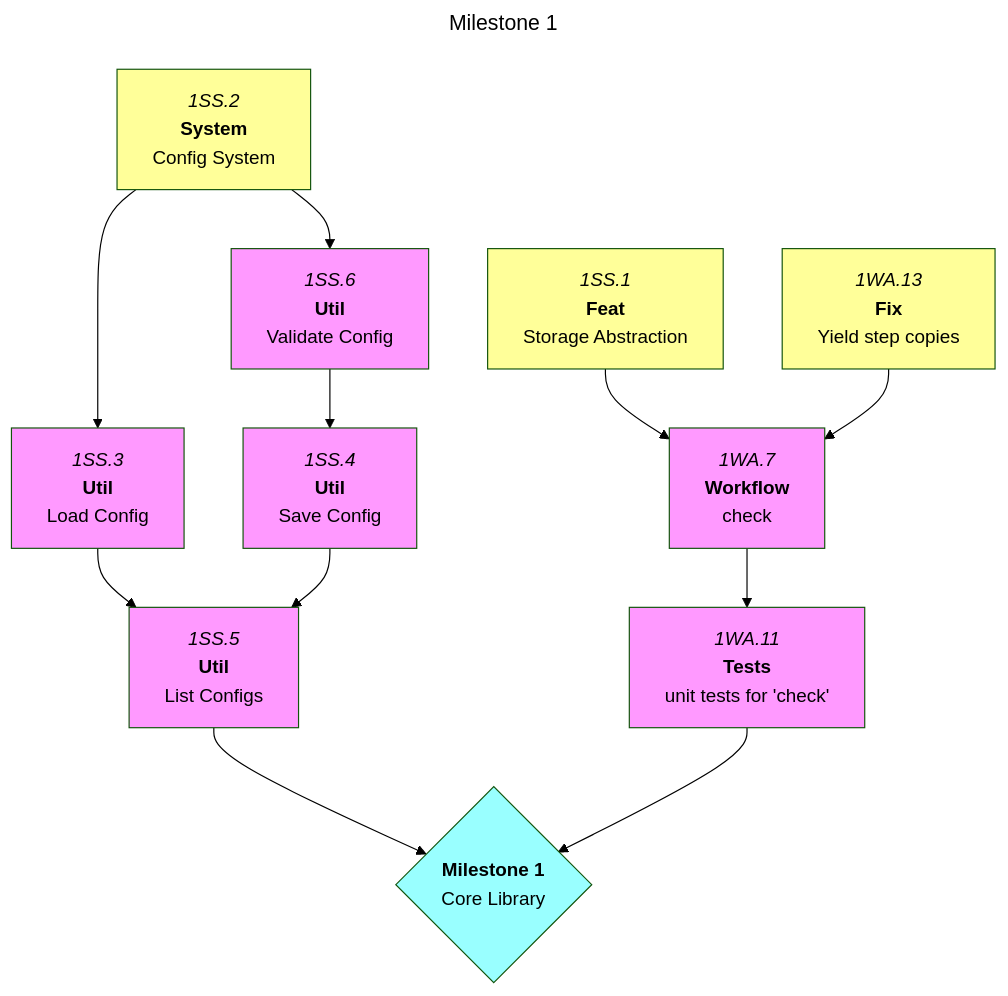
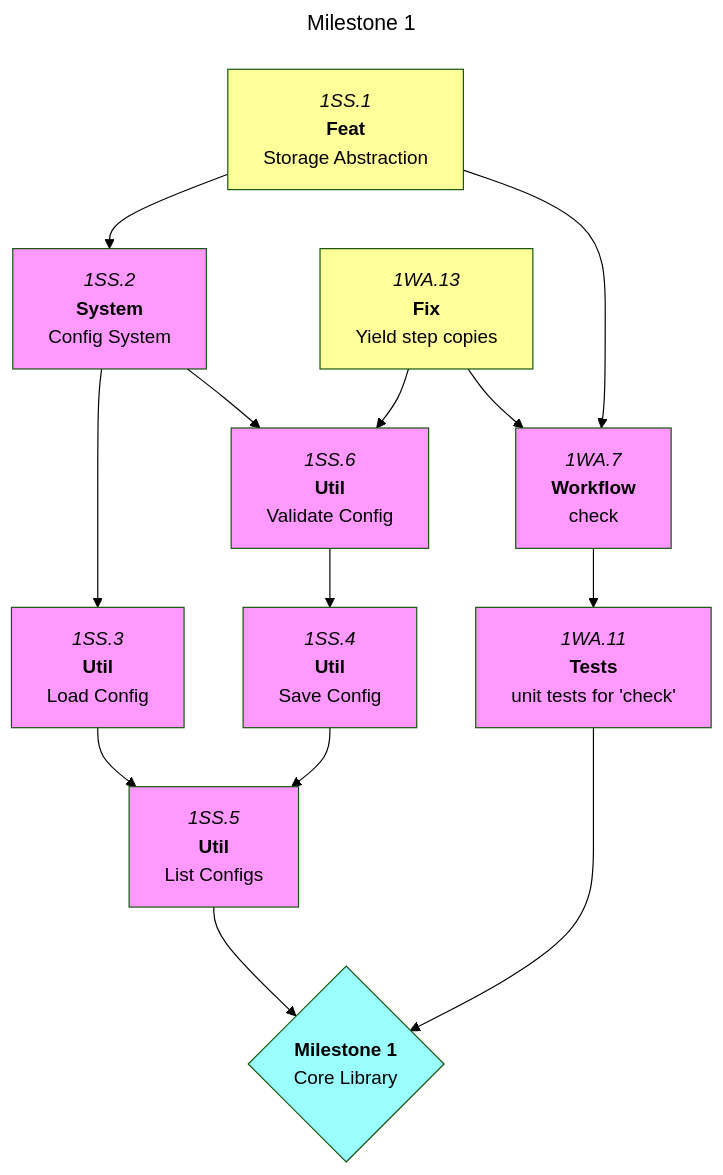
The first of 6 diagrams in docs/roadmaps/mvp.md (foundersandcoders/iris), drawn with Mermaid (forest theme) before and after one commit. The commit also changed other lines of this file, not shown here.

````diff
--- a/docs/roadmaps/mvp.md
+++ b/docs/roadmaps/mvp.md
@@ -58,23 +58,23 @@
 ```mermaid
 ---
 title: Milestone 1
 ---
 graph TD
 
-1SS.1["`*1SS.1*<br/>**Feat**<br/>Storage Abstraction`"]:::open --> 1WA.7
-1SS.2["`*1SS.2*<br/>**System**<br/>Config System`"]:::open --> 1SS.3 & 1SS.6
+1SS.1["`*1SS.1*<br/>**Feat**<br/>Storage Abstraction`"]:::open --> 1SS.2 & 1WA.7
+1SS.2["`*1SS.2*<br/>**System**<br/>Config System`"] --> 1SS.3 & 1SS.6
 1SS.3["`*1SS.3*<br/>**Util**<br/>Load Config`"] --> 1SS.5
 1SS.4["`*1SS.4*<br/>**Util**<br/>Save Config`"] --> 1SS.5
 1SS.5["`*1SS.5*<br/>**Util**<br/>List Configs`"] --> m1
 1SS.6["`*1SS.6*<br/>**Util**<br/>Validate Config`"] --> 1SS.4
 
 1WA.7["`*1WA.7*<br/>**Workflow**<br/>check`"] --> 1WA.11
 1WA.11["`*1WA.11*<br/>**Tests**<br/>unit tests for 'check'`"] --> m1
-1WA.13["`*1WA.13*<br/>**Fix**</br>Yield step copies`"]:::open --> 1WA.7
+1WA.13["`*1WA.13*<br/>**Fix**</br>Yield step copies`"]:::open --> 1SS.6 & 1WA.7
 
 m1{"`**Milestone 1**<br/>Core Library`"}:::mile
 
 classDef default,blocked fill:#f9f;
 classDef open fill:#ff9;
 classDef mile fill:#9ff;
 ```
````
